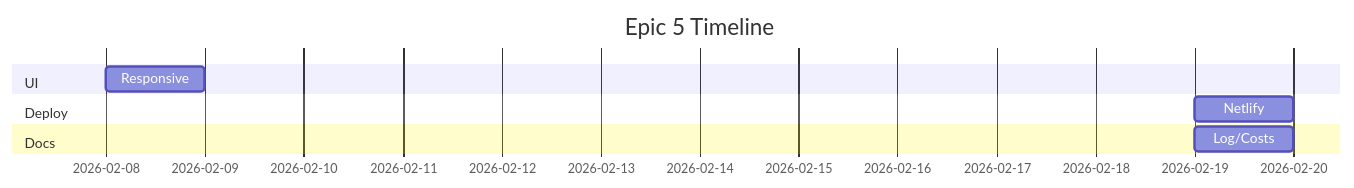
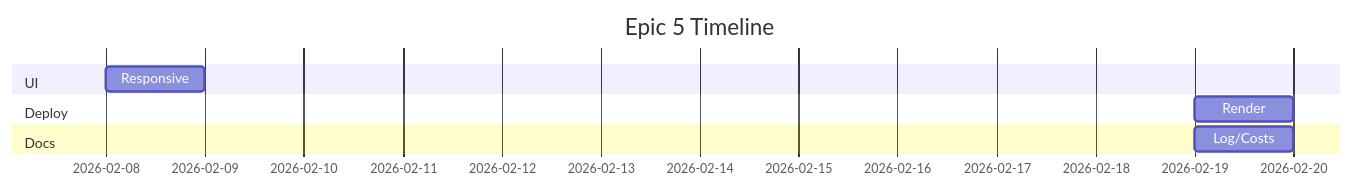
One commit to MichaelHabermas/gai-collab-board changed the seventh of 7 diagrams in docs/research/PRD-V2.md. Above: the diagram before and after it, drawn with Mermaid. The commit also changed other lines of this file and 27 other files, not shown here.

First line of the commit message:
refactor: transition deployment from Netlify to Render

````diff
--- a/docs/research/PRD-V2.md
+++ b/docs/research/PRD-V2.md
@@ -626,10 +626,10 @@
 ```mermaid
 gantt
     title Epic 5 Timeline
     section UI
     Responsive :2026-02-08, 1d
     section Deploy
-    Netlify :after Responsive, 1d
+    Render :after Responsive, 1d
     section Docs
     Log/Costs :after Deploy, 1d
 ```
````
